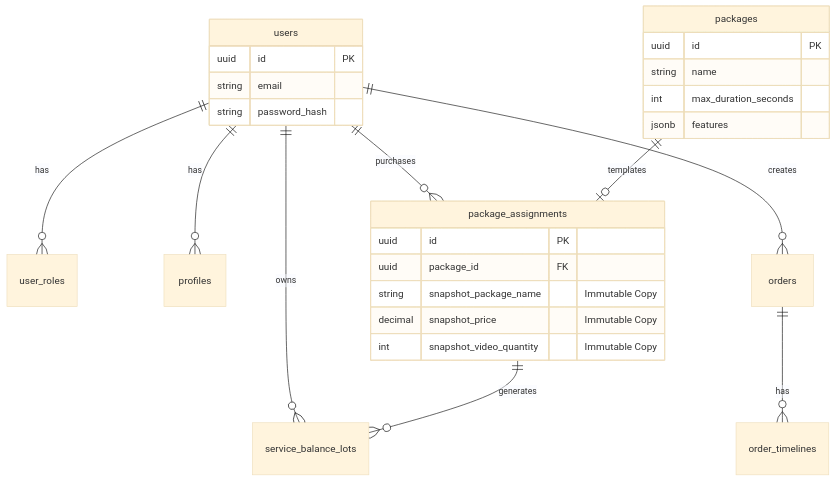
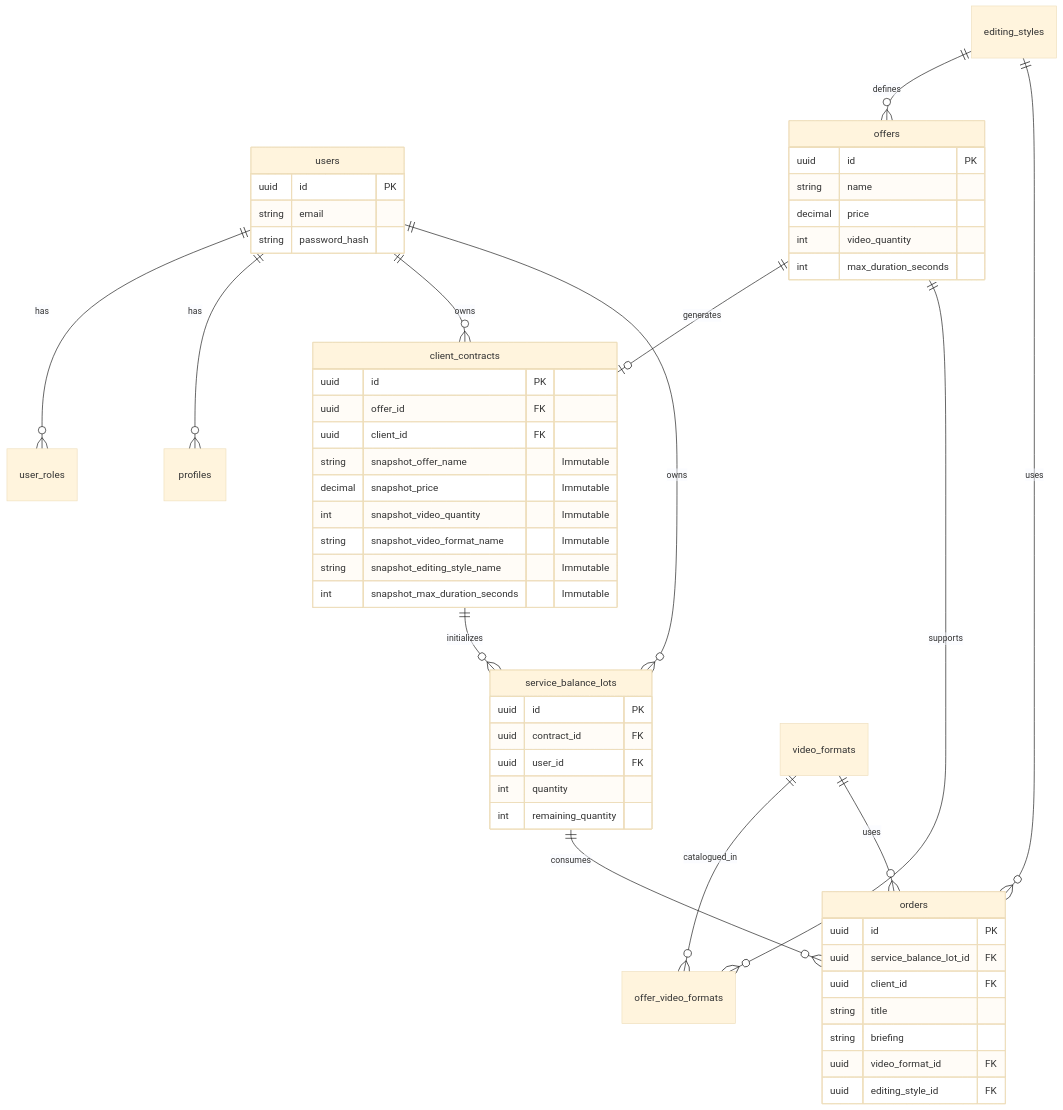
One commit to Havenox/media8-app-v1 changed the diagram in docs/DATABASE_SCHEMA.md. Above: the diagram before and after it, drawn with Mermaid (base theme). The commit also changed other lines of this file and 2 other files, not shown here.

````diff
--- a/docs/DATABASE_SCHEMA.md
+++ b/docs/DATABASE_SCHEMA.md
@@ -47,35 +48,64 @@
 ```mermaid
 erDiagram
-    users ||--o{ user_roles : "has"
-    users ||--o{ profiles : "has"
-    users ||--o{ package_assignments : "purchases"
-    users ||--o{ service_balance_lots : "owns"
-    
-    packages ||--o| package_assignments : "templates"
-    
-    package_assignments ||--o{ service_balance_lots : "generates"
-    
-    users ||--o{ orders : "creates"
-    orders ||--o{ order_timelines : "has"
-    
-    users {
-        uuid id PK
-        string email
-        string password_hash
-    }
-    
-    packages {
-        uuid id PK
-        string name
-        int max_duration_seconds
-        jsonb features
-    }
+users ||--o{ user_roles : "has"
+users ||--o{ profiles : "has"
+users ||--o{ client_contracts : "owns"
+users ||--o{ service_balance_lots : "owns"
 
-    package_assignments {
-        uuid id PK
-        uuid package_id FK
-        string snapshot_package_name "Immutable Copy"
-        decimal snapshot_price "Immutable Copy"
-        int snapshot_video_quantity "Immutable Copy"
-    }
+offers ||--o| client_contracts : "generates"
+offers ||--o{ offer_video_formats : "supports"
+
+client_contracts ||--o{ service_balance_lots : "initializes"
+
+video_formats ||--o{ offer_video_formats : "catalogued_in"
+video_formats ||--o{ orders : "uses"
+
+editing_styles ||--o{ offers : "defines"
+editing_styles ||--o{ orders : "uses"
+
+service_balance_lots ||--o{ orders : "consumes"
+
+users {
+uuid id PK
+string email
+string password_hash
+}
+
+offers {
+uuid id PK
+string name
+decimal price
+int video_quantity
+int max_duration_seconds
+}
+
+client_contracts {
+uuid id PK
+uuid offer_id FK
+uuid client_id FK
+string snapshot_offer_name "Immutable"
+decimal snapshot_price "Immutable"
+int snapshot_video_quantity "Immutable"
+string snapshot_video_format_name "Immutable"
+string snapshot_editing_style_name "Immutable"
+int snapshot_max_duration_seconds "Immutable"
+}
+
+service_balance_lots {
+uuid id PK
+uuid contract_id FK
+uuid user_id FK
+int quantity
+int remaining_quantity
+}
+
+orders {
+uuid id PK
+uuid service_balance_lot_id FK
+uuid client_id FK
+string title
+string briefing
+uuid video_format_id FK
+uuid editing_style_id FK
+}
 ```
````
